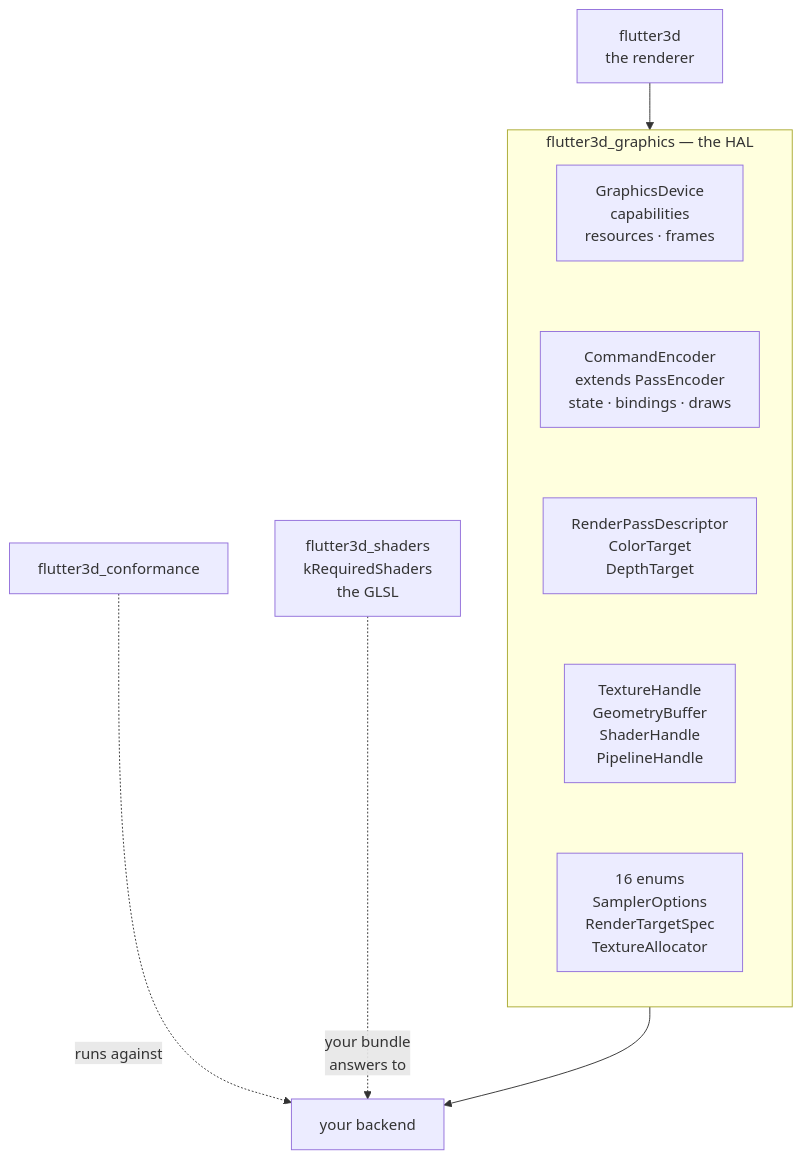
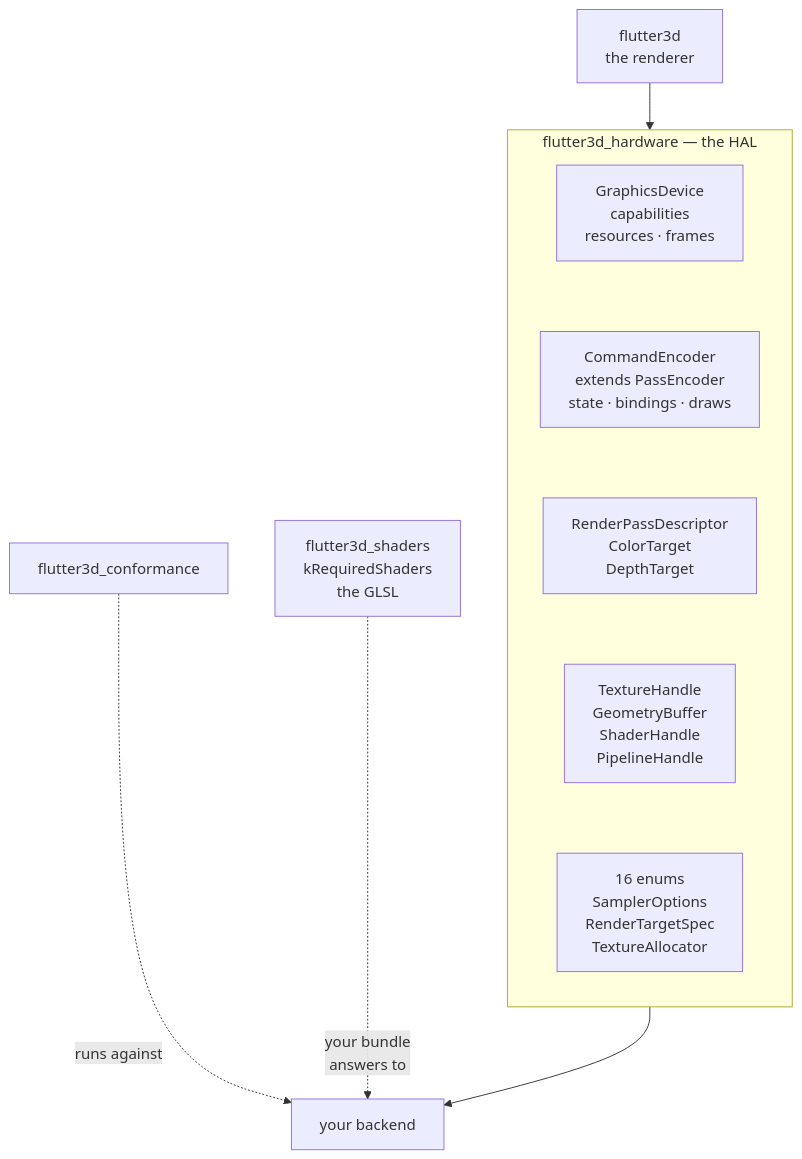
The diagram in site/content/core/backends.md (pleiondev/flutter3d), drawn with Mermaid before and after one commit. The commit also changed other lines of this file and 33 other files, not shown here.

````diff
--- a/site/content/core/backends.md
+++ b/site/content/core/backends.md
@@ -24,18 +24,18 @@
 ```mermaid
 flowchart TB
   engine["flutter3d<br>the renderer"] --> hal
 
-  subgraph hal["flutter3d_graphics — the HAL"]
+  subgraph hal["flutter3d_hardware — the HAL"]
     direction TB
     device["GraphicsDevice<br>capabilities<br>resources · frames"]
     enc["CommandEncoder<br>extends PassEncoder<br>state · bindings · draws"]
     desc["RenderPassDescriptor<br>ColorTarget<br>DepthTarget"]
     handles["TextureHandle<br>GeometryBuffer<br>ShaderHandle<br>PipelineHandle"]
     vocab["16 enums<br>SamplerOptions<br>RenderTargetSpec<br>TextureAllocator"]
     device ~~~ enc ~~~ desc ~~~ handles ~~~ vocab
   end
 
   hal --> yours["your backend"]
   conf["flutter3d_conformance"] -.->|"runs against"| yours
   shaders["flutter3d_shaders<br>kRequiredShaders<br>the GLSL"] -.->|"your bundle<br>answers to"| yours
 ```
````
